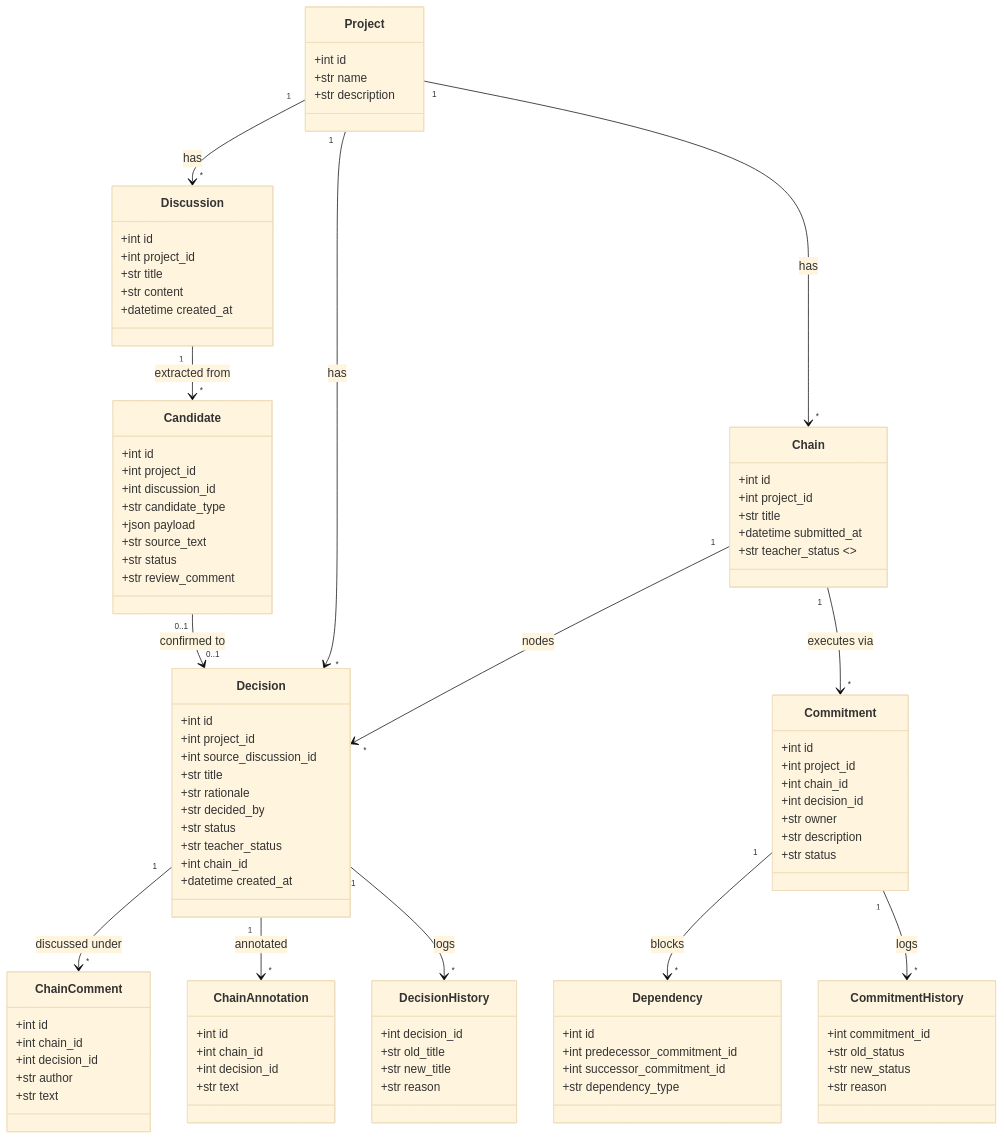
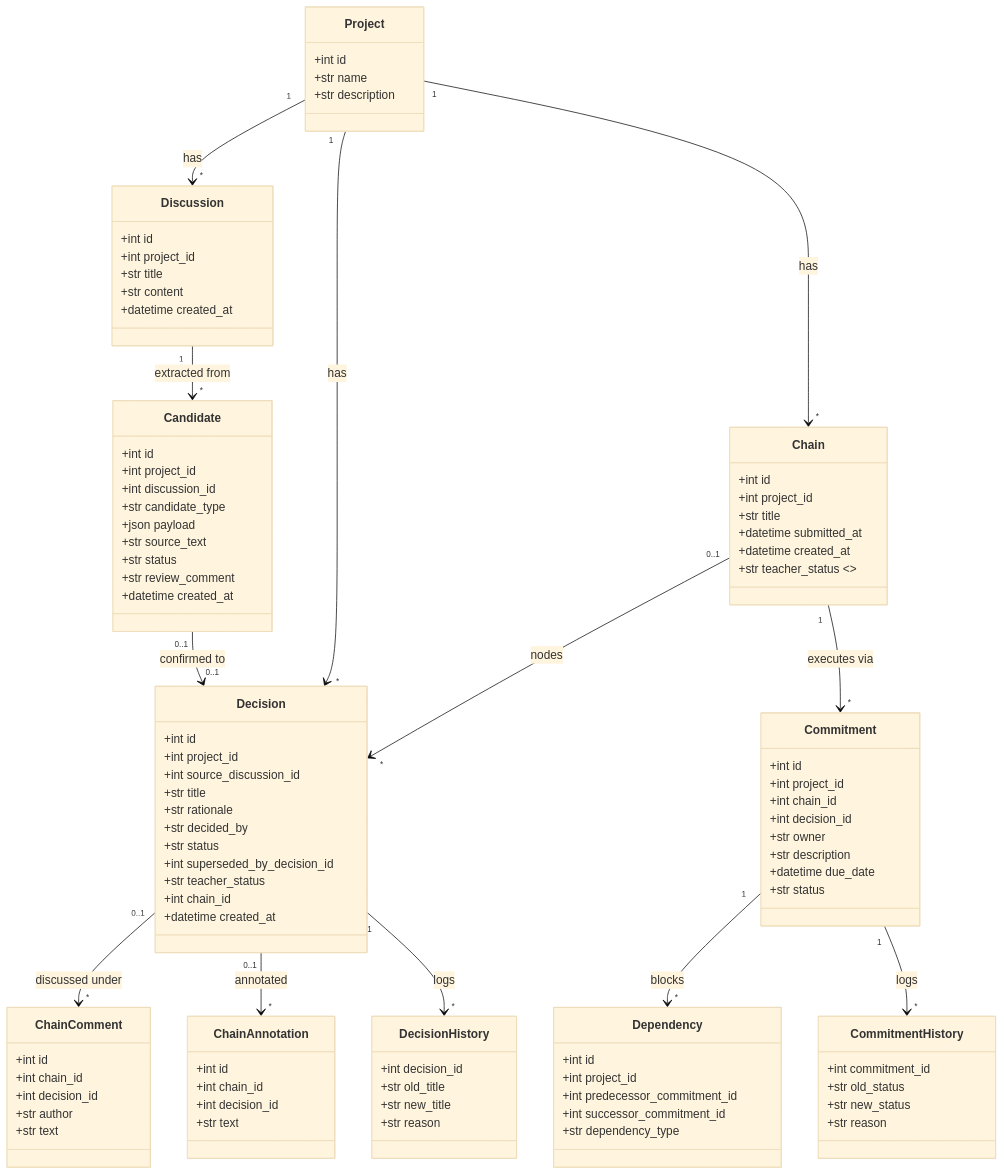
Before and after one commit to wyz-water/DecisionTrace: the first of 3 diagrams in docs/design/design-models.md, drawn with Mermaid (base theme). The commit also changed other lines of this file and 15 other files, not shown here.

```diff
--- a/docs/design/design-models.md
+++ b/docs/design/design-models.md
@@ -29,6 +29,7 @@
         +str source_text
         +str status
         +str review_comment
+        +datetime created_at
     }
     class Decision {
         +int id
@@ -38,6 +39,7 @@
         +str rationale
         +str decided_by
         +str status
+        +int superseded_by_decision_id
         +str teacher_status
         +int chain_id
         +datetime created_at
@@ -47,6 +49,7 @@
         +int project_id
         +str title
         +datetime submitted_at
+        +datetime created_at
         +str teacher_status <<derived>>
     }
     class ChainComment {
@@ -69,10 +72,12 @@
         +int decision_id
         +str owner
         +str description
+        +datetime due_date
         +str status
     }
     class Dependency {
         +int id
+        +int project_id
         +int predecessor_commitment_id
         +int successor_commitment_id
         +str dependency_type
@@ -95,9 +100,9 @@
     Candidate "0..1" --> "0..1" Decision : confirmed to
     Project "1" --> "*" Decision : has
     Project "1" --> "*" Chain : has
-    Chain "1" --> "*" Decision : nodes
-    Decision "1" --> "*" ChainComment : discussed under
-    Decision "1" --> "*" ChainAnnotation : annotated
+    Chain "0..1" --> "*" Decision : nodes
+    Decision "0..1" --> "*" ChainComment : discussed under
+    Decision "0..1" --> "*" ChainAnnotation : annotated
     Chain "1" --> "*" Commitment : executes via
     Commitment "1" --> "*" Dependency : blocks
     Commitment "1" --> "*" CommitmentHistory : logs
```
